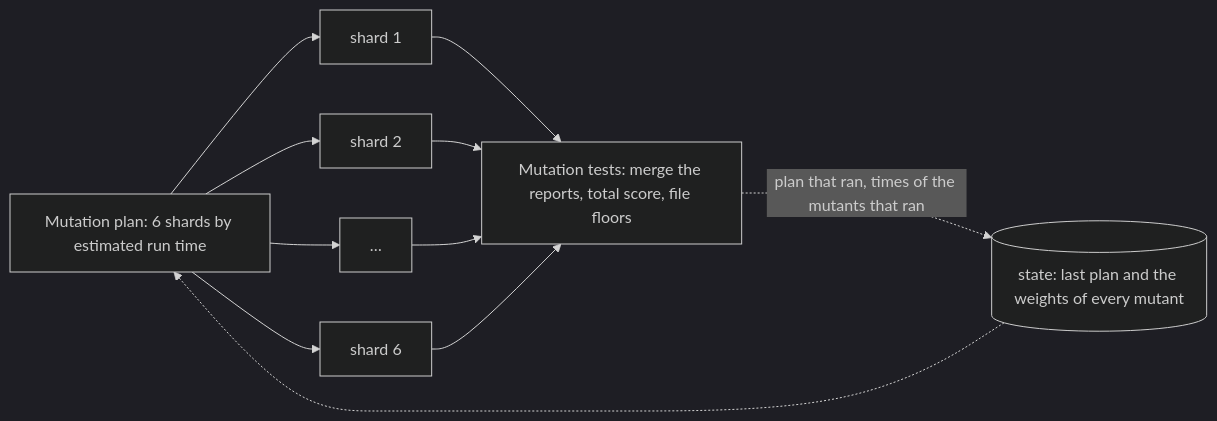
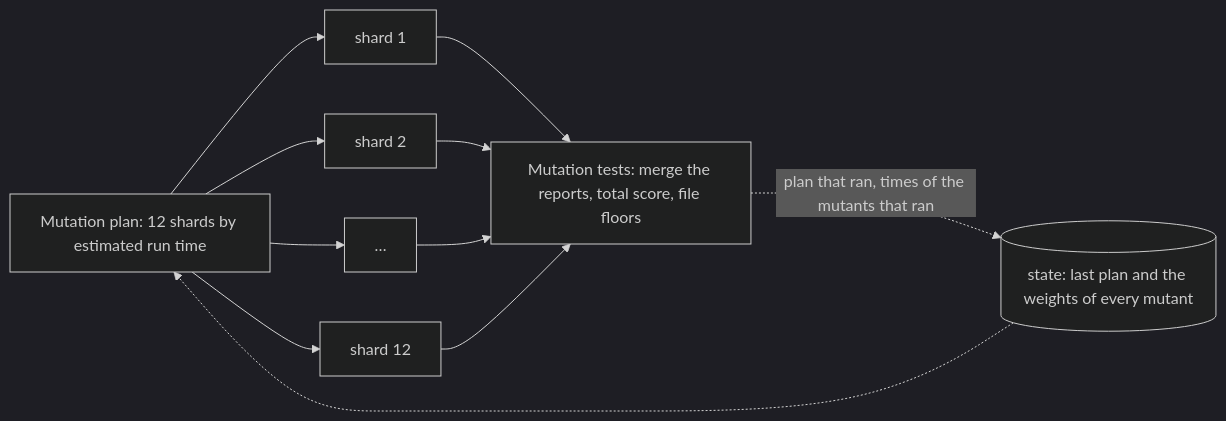
The diagram in website/src/content/docs/ci.md (Heiss/nova-imperium), drawn with Mermaid (dark theme) before and after one commit. The commit also changed other lines of this file and 1100 other files, not shown here.

````diff
--- a/website/src/content/docs/ci.md
+++ b/website/src/content/docs/ci.md
@@ -106,7 +106,7 @@
 ```mermaid
 flowchart LR
-  plan["Mutation plan: 6 shards by estimated run time"] --> s1["shard 1"] & s2["shard 2"] & s3["…"] & s6["shard 6"]
-  s1 & s2 & s3 & s6 --> gate["Mutation tests: merge the reports, total score, file floors"]
+  plan["Mutation plan: 12 shards by estimated run time"] --> s1["shard 1"] & s2["shard 2"] & s3["…"] & s12["shard 12"]
+  s1 & s2 & s3 & s12 --> gate["Mutation tests: merge the reports, total score, file floors"]
   state[("state: last plan and the weights of every mutant")] -.-> plan
   gate -.->|"plan that ran, times of the mutants that ran"| state
 ```
````
